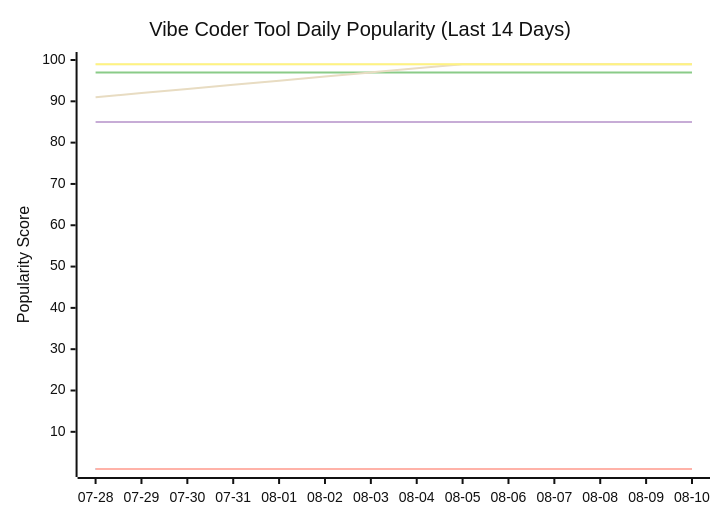
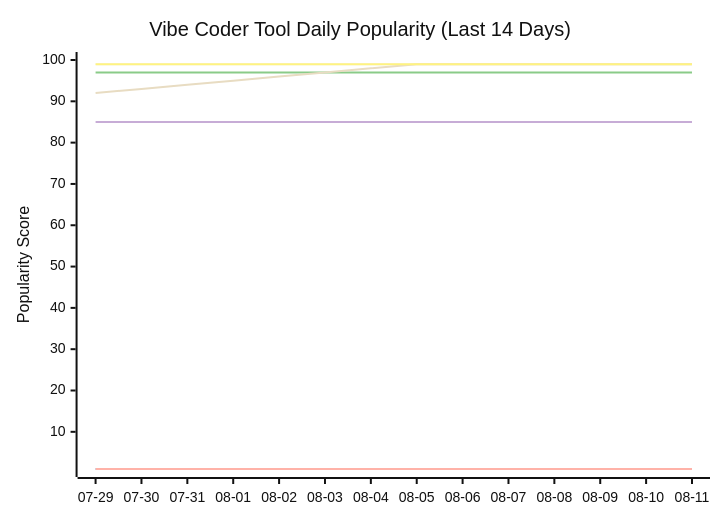
The seventh of 11 diagrams in README.md (tykimos/ai-whatchelin), drawn with Mermaid (neutral theme) before and after one commit. The commit also changed other lines of this file and 4 other files, not shown here.

````diff
--- a/README.md
+++ b/README.md
@@ -2203,13 +2220,13 @@
 ```mermaid
 xychart-beta
     title "Vibe Coder Tool Daily Popularity (Last 14 Days)"
-    x-axis ["07-28", "07-29", "07-30", "07-31", "08-01", "08-02", "08-03", "08-04", "08-05", "08-06", "08-07", "08-08", "08-09", "08-10"]
+    x-axis ["07-29", "07-30", "07-31", "08-01", "08-02", "08-03", "08-04", "08-05", "08-06", "08-07", "08-08", "08-09", "08-10", "08-11"]
     y-axis "Popularity Score" 1 --> 100
     line "Claude Code" [99, 99, 99, 99, 99, 99, 99, 99, 99, 99, 99, 99, 99, 99]
     line "GH Copilot" [1, 1, 1, 1, 1, 1, 1, 1, 1, 1, 1, 1, 1, 1]
     line "Cursor" [97, 97, 97, 97, 97, 97, 97, 97, 97, 97, 97, 97, 97, 97]
     line "Windsurf" [85, 85, 85, 85, 85, 85, 85, 85, 85, 85, 85, 85, 85, 85]
-    line "Codex CLI" [91, 92, 93, 94, 95, 96, 97, 98, 99, 99, 99, 99, 99, 99]
+    line "Codex CLI" [92, 93, 94, 95, 96, 97, 98, 99, 99, 99, 99, 99, 99, 99]
     line "Gemini CLI" [1, 1, 1, 1, 1, 1, 1, 1, 1, 1, 1, 1, 1, 1]
     line "Antigravity" [99, 99, 99, 99, 99, 99, 99, 99, 99, 99, 99, 99, 99, 99]
 ```
````
